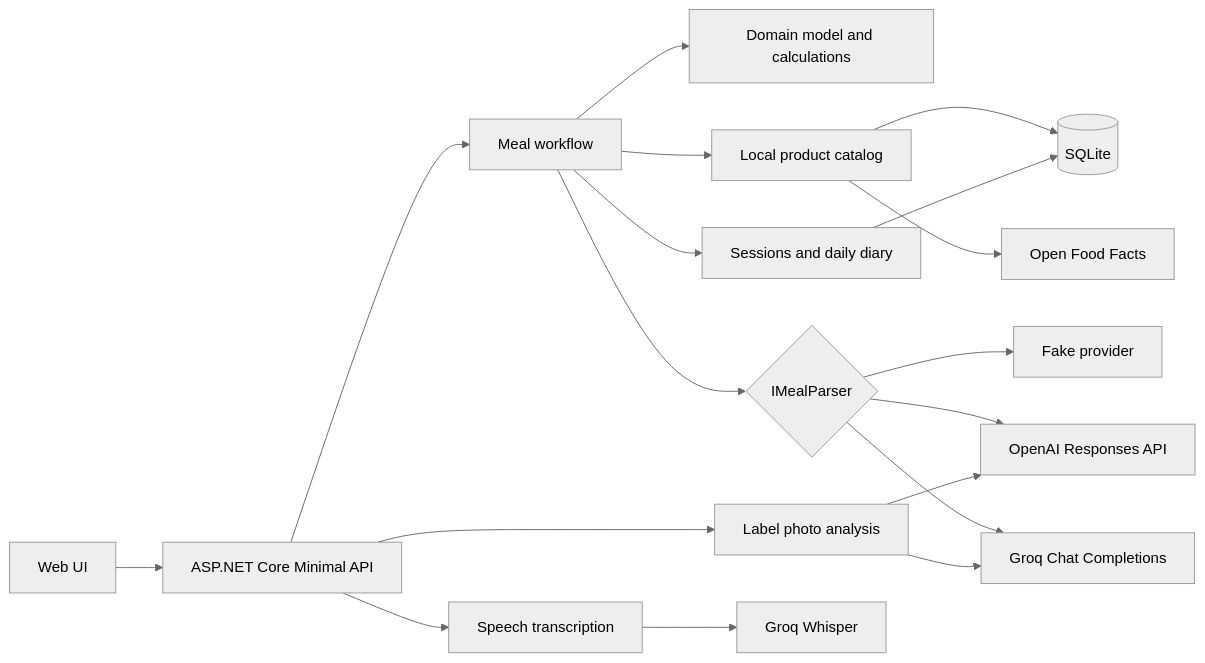
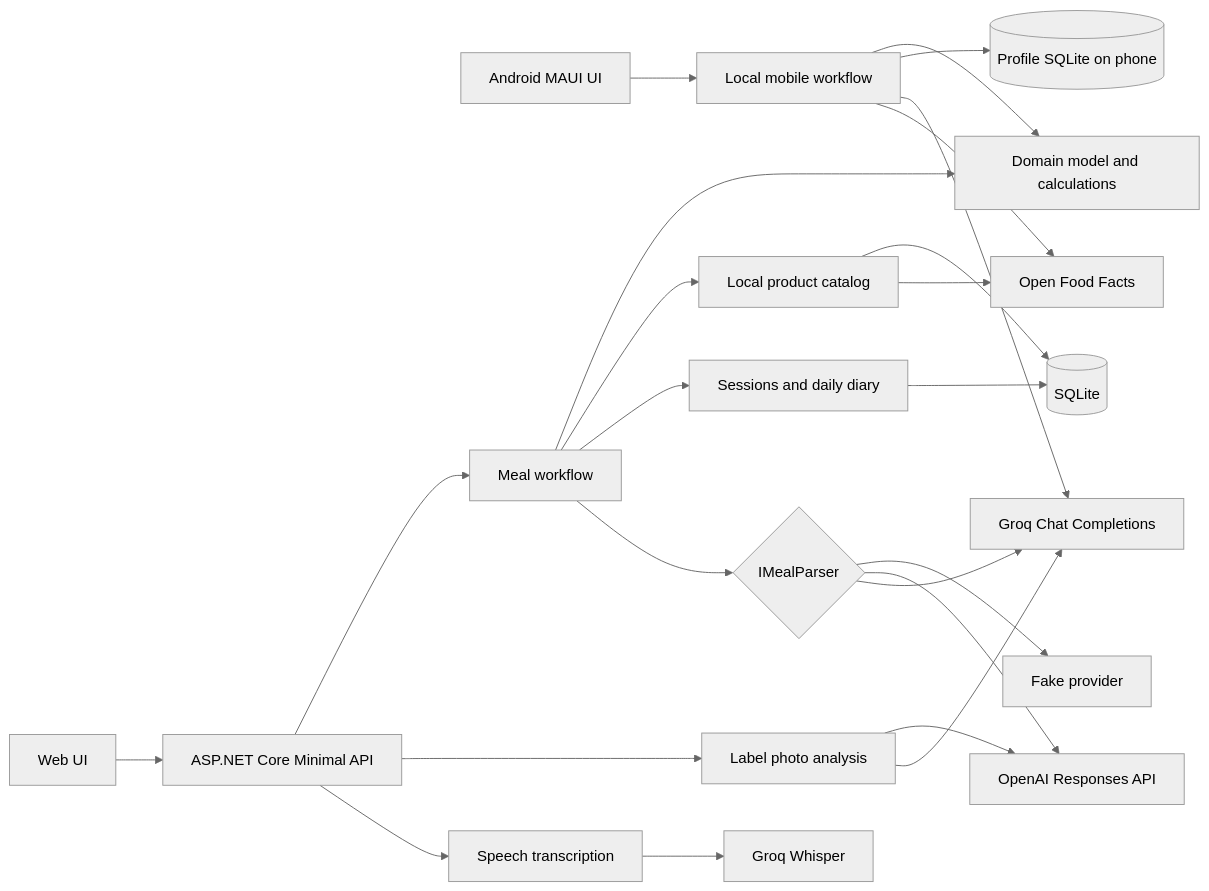
Before and after one commit to Vvvv4a40/NutriFlow: the diagram in README.md, drawn with Mermaid (neutral theme). The commit also changed other lines of this file and 12 other files, not shown here.

Commit message:
Document product architecture and funding options

````diff
--- a/README.md
+++ b/README.md
@@ -78,20 +95,25 @@
 ```mermaid
 flowchart LR
+    Mobile[Android MAUI UI] --> Core[Local mobile workflow]
+    Core --> Domain[Domain model and calculations]
+    Core --> Local[(Profile SQLite on phone)]
+    Core --> Groq[Groq Chat Completions]
+    Core --> OFF[Open Food Facts]
     Browser[Web UI] --> Api[ASP.NET Core Minimal API]
     Api --> Workflow[Meal workflow]
-    Workflow --> Domain[Domain model and calculations]
+    Workflow --> Domain
     Workflow --> Catalog[Local product catalog]
     Workflow --> Diary[Sessions and daily diary]
     Catalog --> SQLite[(SQLite)]
     Diary --> SQLite
-    Catalog --> OFF[Open Food Facts]
+    Catalog --> OFF
     Workflow --> Parser{IMealParser}
     Parser --> Fake[Fake provider]
     Parser --> OpenAI[OpenAI Responses API]
-    Parser --> Groq[Groq Chat Completions]
+    Parser --> Groq
     Api --> Labels[Label photo analysis]
     Labels --> OpenAI
     Labels --> Groq
     Api --> Speech[Speech transcription]
     Speech --> Whisper[Groq Whisper]
 ```
````
